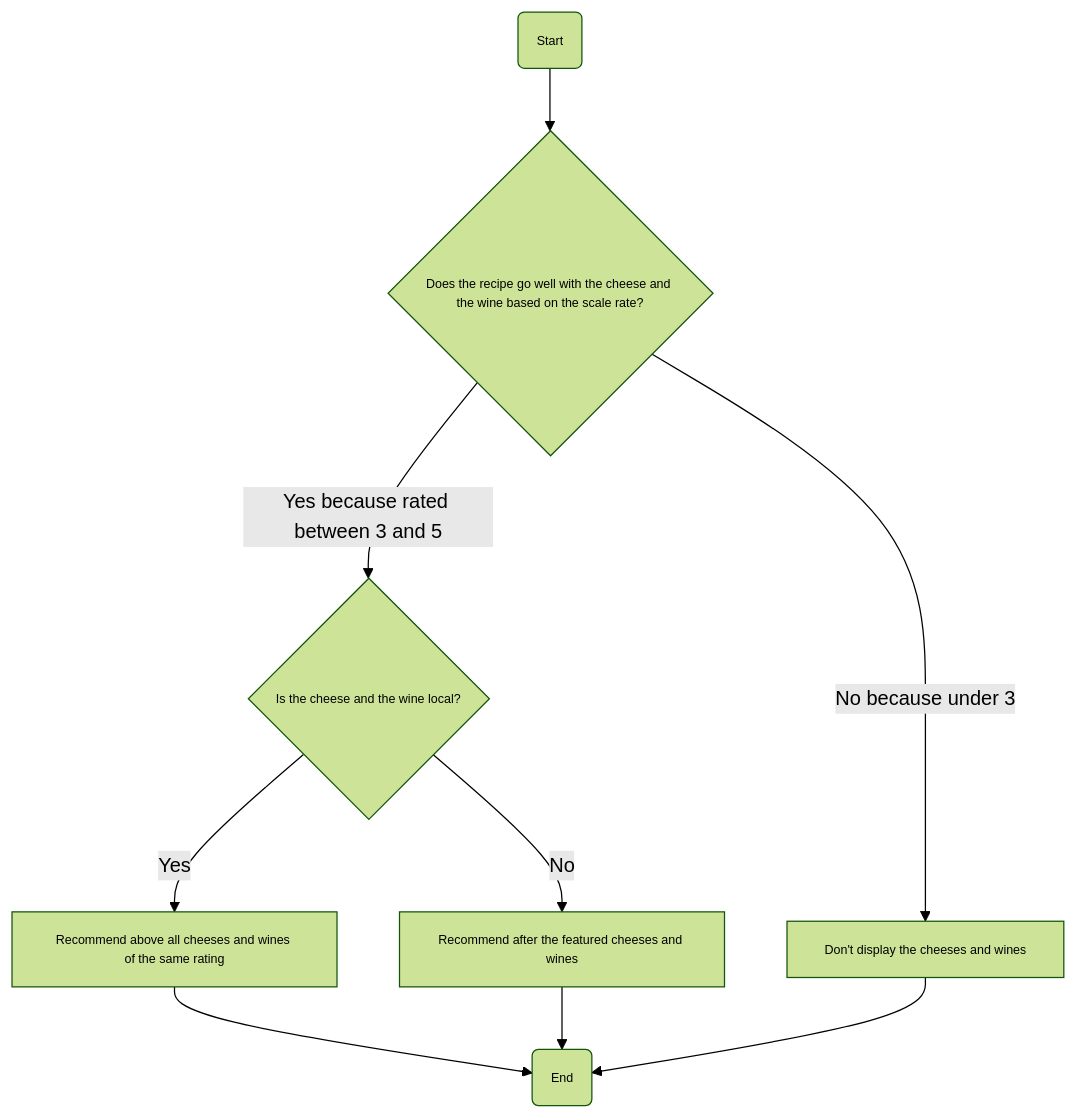
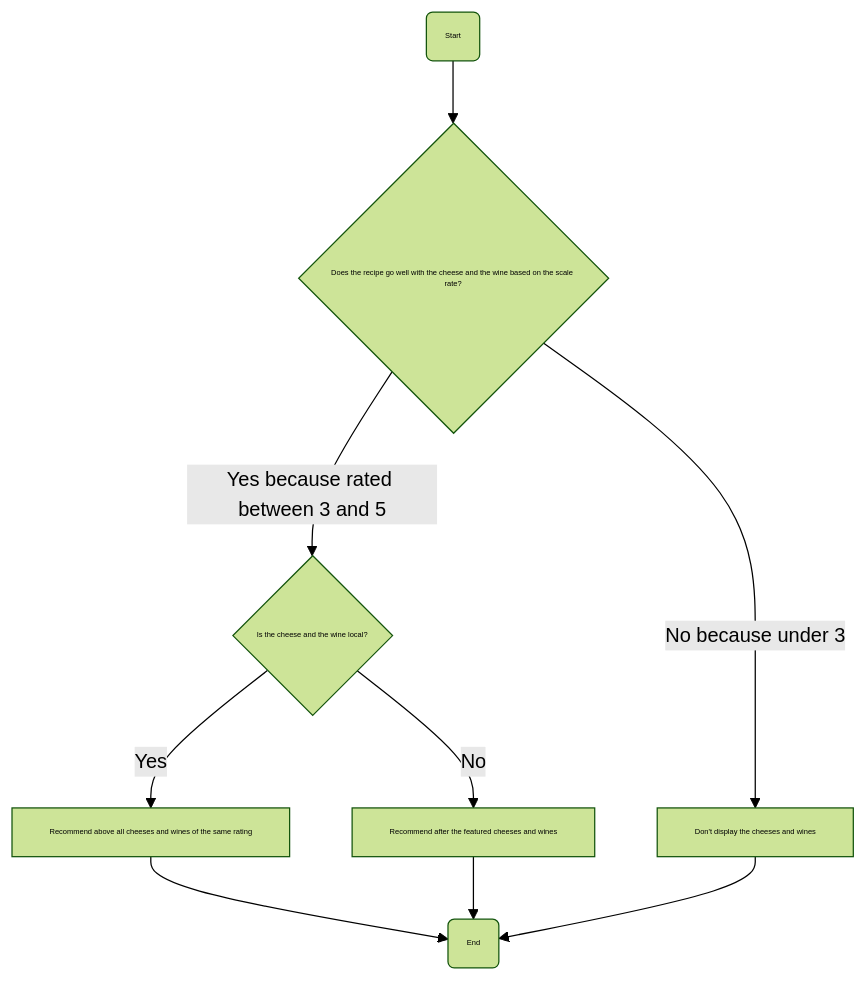
The fifth of 11 diagrams in Documents/Technical/technical_specifications.md (algosup/2024-2025-project-5-bubble-intermarche-team-2), drawn with Mermaid (forest theme) before and after one commit. The commit also changed other lines of this file, not shown here.

````diff
--- a/Documents/Technical/technical_specifications.md
+++ b/Documents/Technical/technical_specifications.md
@@ -289,12 +289,12 @@
 ```mermaid
 graph TD
     A(Start) --> B{Does the recipe go well with the cheese and the wine based on the scale rate?}
     B -->|Yes because rated between 3 and 5| C{Is the cheese and the wine local?}
     B -->|No because under 3| D[Don't display the cheeses and wines]
     C --> |Yes| E[Recommend above all cheeses and wines of the same rating]
     C --> |No| F[Recommend after the featured cheeses and wines]
     E --> G(End)
     F --> G
     D --> G
-    classDef default font-size:10px;
+    classDef default font-size:6px;
 ```
````
